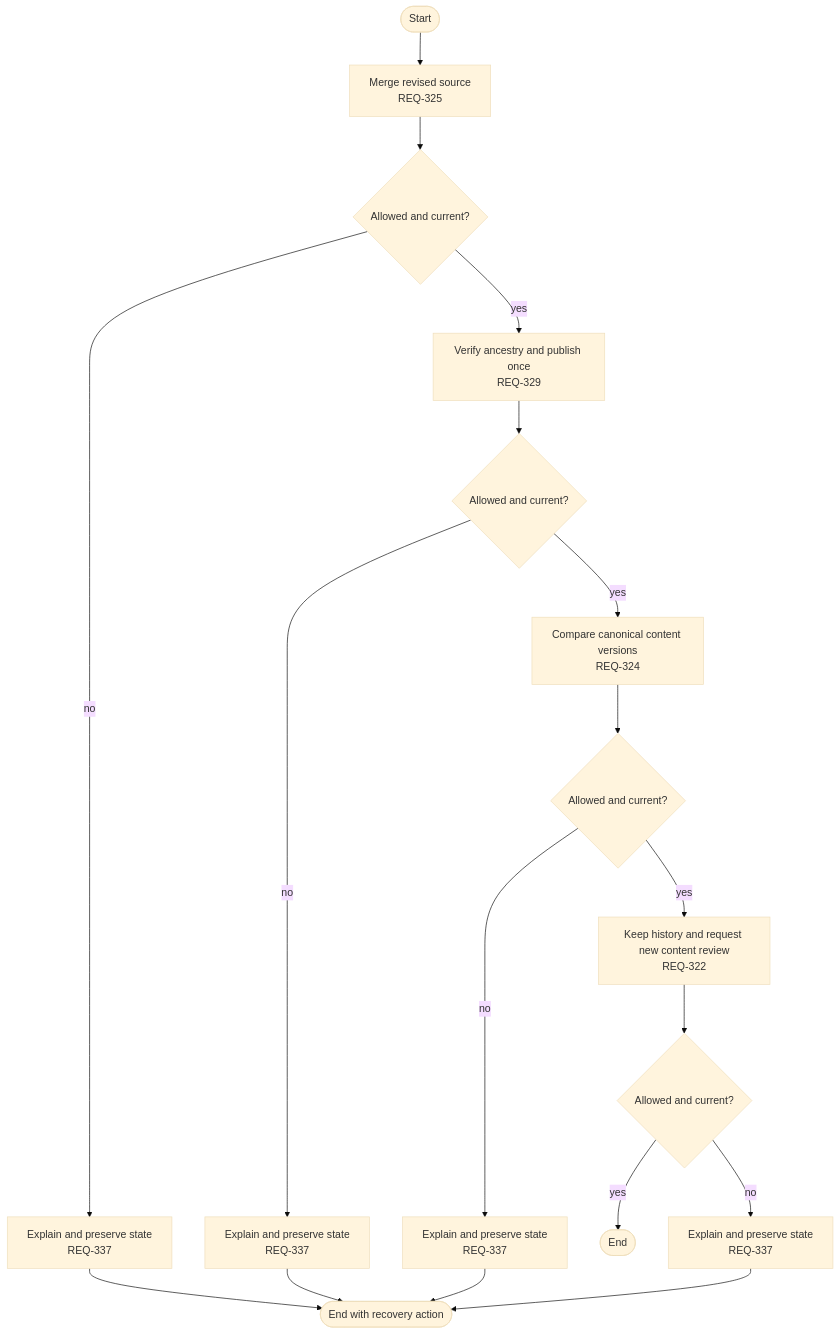
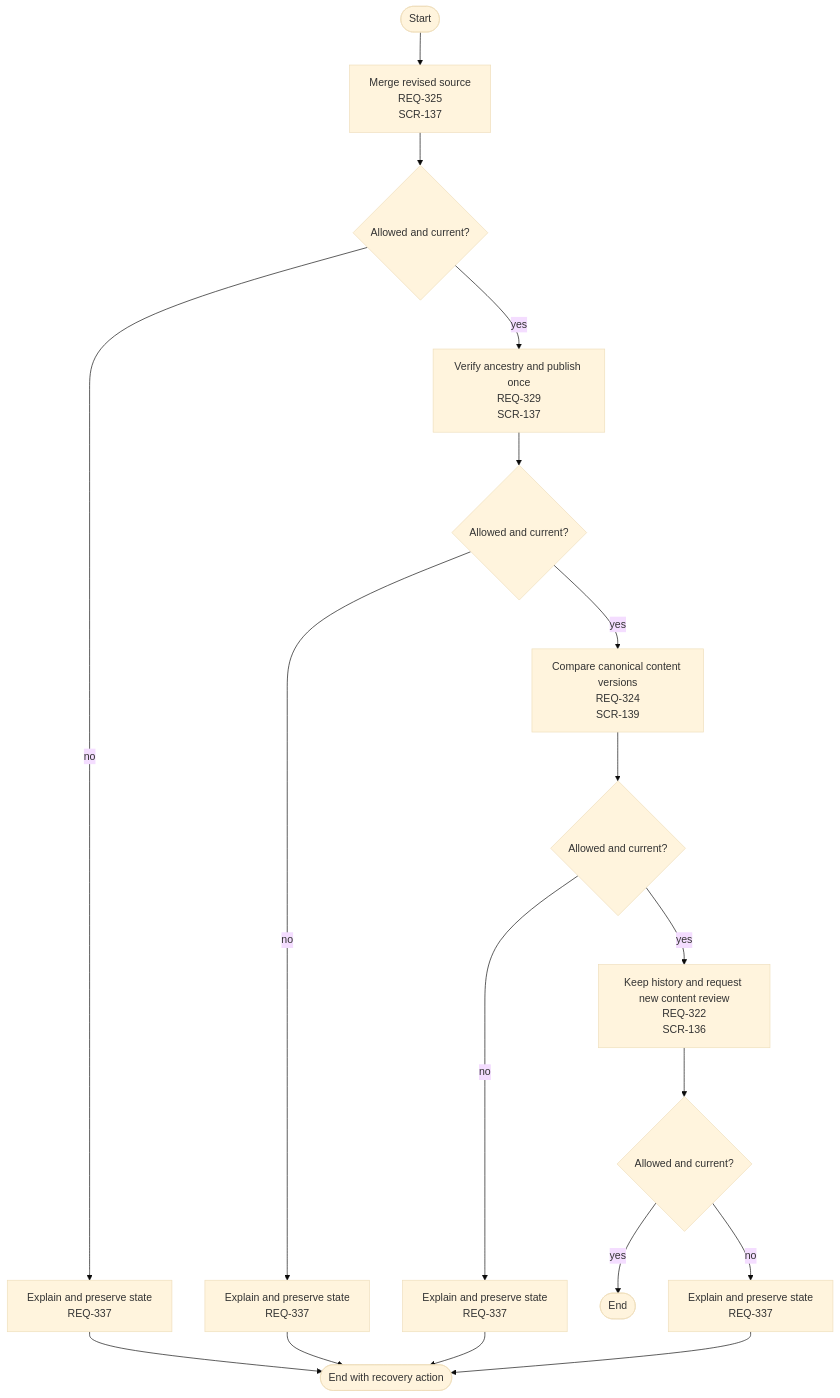
One commit to kodonghui/corthex-nexus changed the diagram in docs/03-user-flow/rebuild/FL-133.ko.md. Above: the diagram before and after it, drawn with Mermaid (base theme). The commit also changed other lines of this file and 28 other files, not shown here.

Commit message:
Design rebuild navigation and link every visible flow step

````diff
--- a/docs/03-user-flow/rebuild/FL-133.ko.md
+++ b/docs/03-user-flow/rebuild/FL-133.ko.md
@@ -9,20 +11,20 @@
 ```mermaid
 flowchart TD
   Start([Start]) --> S0
-  S0["Merge revised source<br/>REQ-325"] --> D0{"Allowed and current?"}
+  S0["Merge revised source<br/>REQ-325<br/>SCR-137"] --> D0{"Allowed and current?"}
   D0 -- yes --> S1
   D0 -- no --> F0["Explain and preserve state<br/>REQ-337"]
   F0 --> Stop([End with recovery action])
-  S1["Verify ancestry and publish once<br/>REQ-329"] --> D1{"Allowed and current?"}
+  S1["Verify ancestry and publish once<br/>REQ-329<br/>SCR-137"] --> D1{"Allowed and current?"}
   D1 -- yes --> S2
   D1 -- no --> F1["Explain and preserve state<br/>REQ-337"]
   F1 --> Stop([End with recovery action])
-  S2["Compare canonical content versions<br/>REQ-324"] --> D2{"Allowed and current?"}
+  S2["Compare canonical content versions<br/>REQ-324<br/>SCR-139"] --> D2{"Allowed and current?"}
   D2 -- yes --> S3
   D2 -- no --> F2["Explain and preserve state<br/>REQ-337"]
   F2 --> Stop([End with recovery action])
-  S3["Keep history and request new content review<br/>REQ-322"] --> D3{"Allowed and current?"}
+  S3["Keep history and request new content review<br/>REQ-322<br/>SCR-136"] --> D3{"Allowed and current?"}
   D3 -- yes --> End([End])
   D3 -- no --> F3["Explain and preserve state<br/>REQ-337"]
   F3 --> Stop([End with recovery action])
 ```
````
